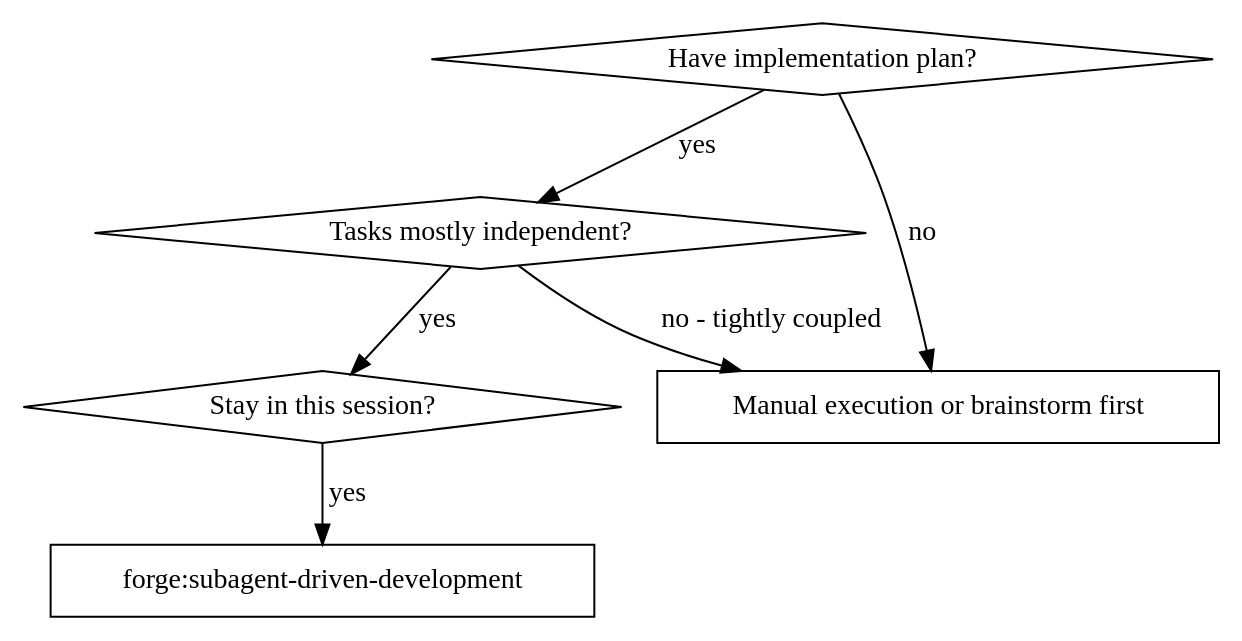
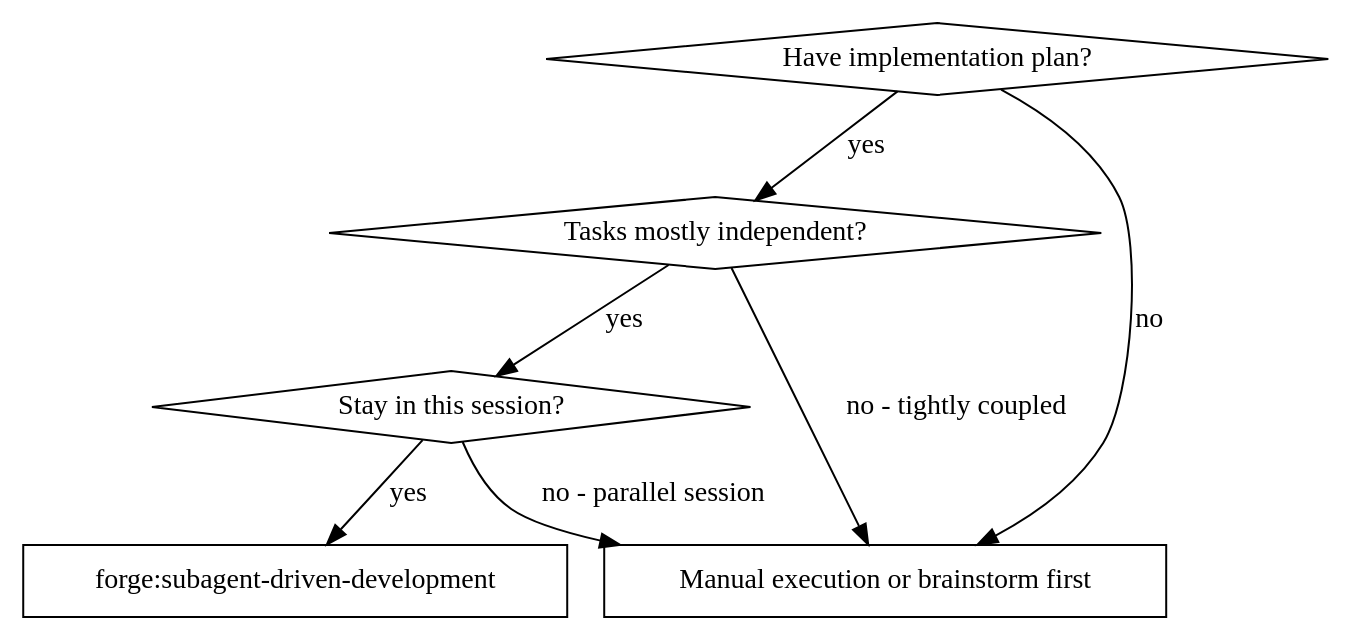
The first of 2 diagrams in src/core/templates/skills/subagent-driven-development.md (Accelerator-mzq/forge), drawn with Graphviz before and after one commit. The commit also changed 3 other files, not shown here.

First line of the commit message:
refactor(skills): code review 修复(流程图悬挂 + 引号整洁 + 注释占位 + 测试加强)

````diff
--- a/src/core/templates/skills/subagent-driven-development.md
+++ b/src/core/templates/skills/subagent-driven-development.md
@@ -16,15 +16,16 @@
 ```dot
 digraph when_to_use {
     "Have implementation plan?" [shape=diamond];
     "Tasks mostly independent?" [shape=diamond];
     "Stay in this session?" [shape=diamond];
     "forge:subagent-driven-development" [shape=box];
     "Manual execution or brainstorm first" [shape=box];
 
     "Have implementation plan?" -> "Tasks mostly independent?" [label="yes"];
     "Have implementation plan?" -> "Manual execution or brainstorm first" [label="no"];
     "Tasks mostly independent?" -> "Stay in this session?" [label="yes"];
     "Tasks mostly independent?" -> "Manual execution or brainstorm first" [label="no - tightly coupled"];
     "Stay in this session?" -> "forge:subagent-driven-development" [label="yes"];
+    "Stay in this session?" -> "Manual execution or brainstorm first" [label="no - parallel session"];
 }
 ```
````
